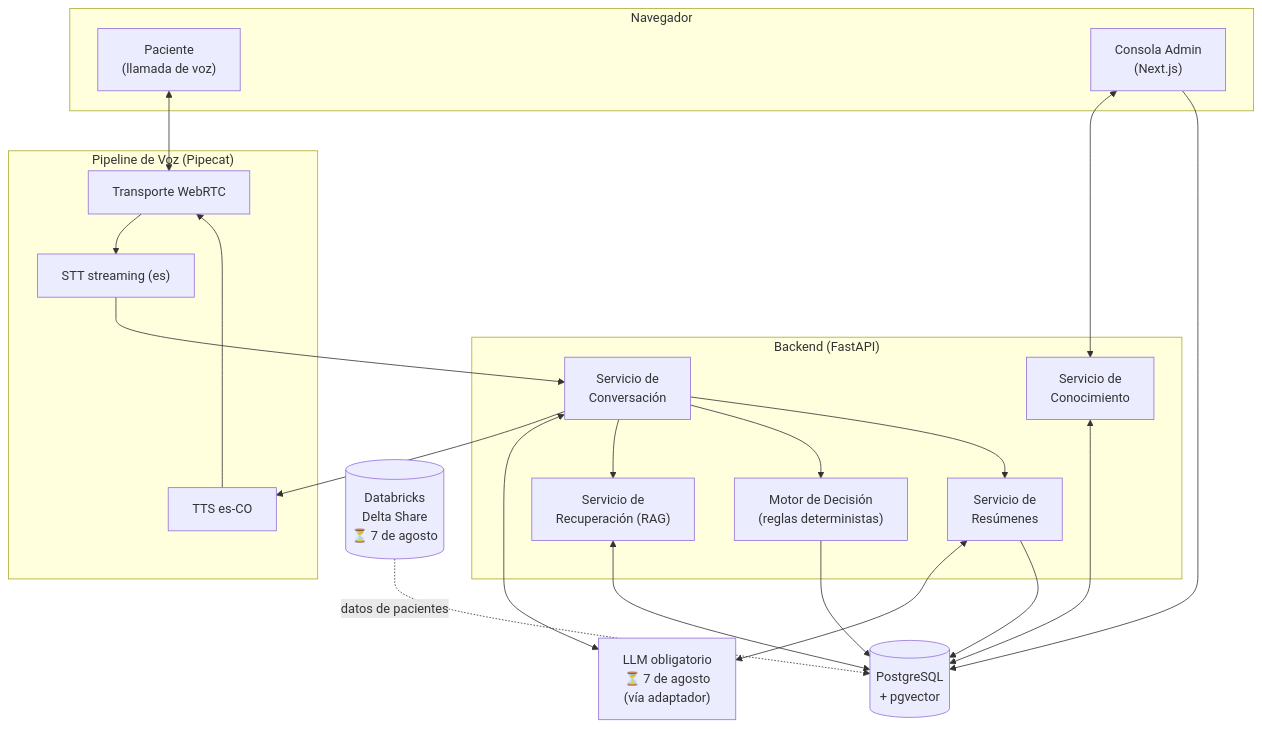
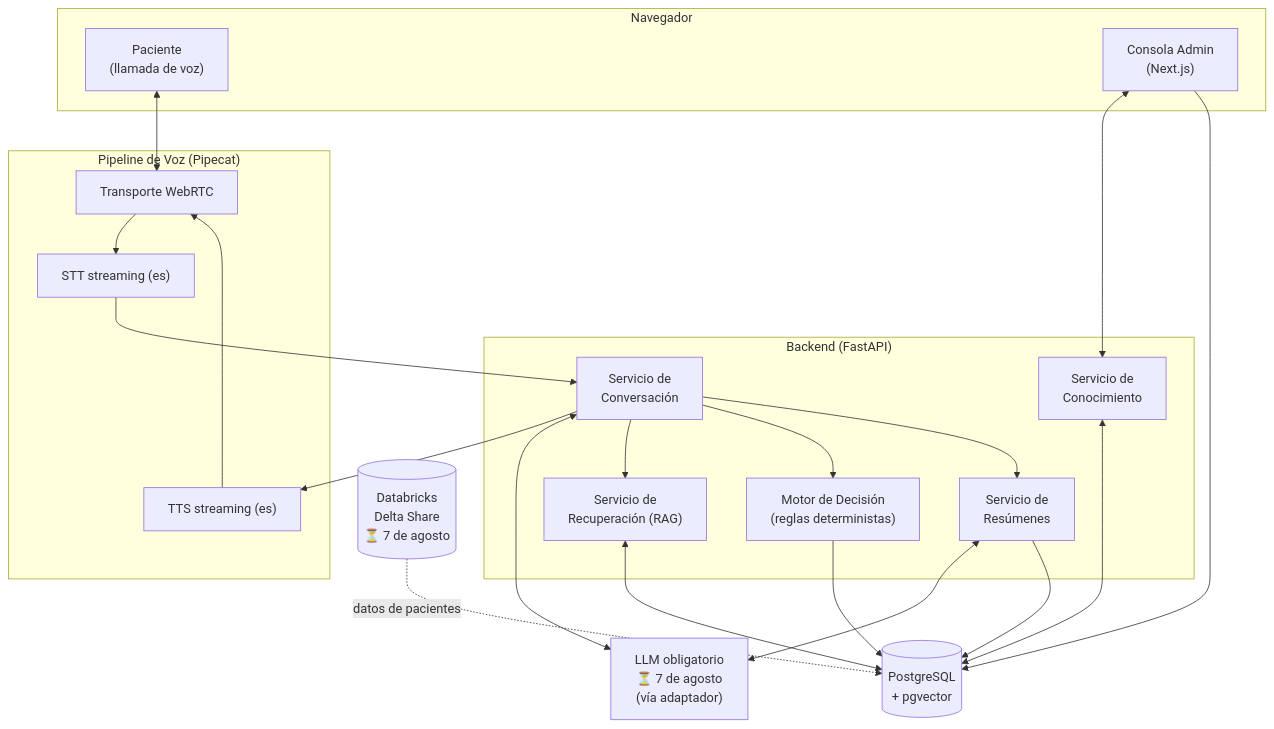
Before and after one commit to JuanmorenoPRO/clinical-voice-agent-co: the first of 2 diagrams in docs/architecture.md, drawn with Mermaid. The commit also changed other lines of this file and 3 other files, not shown here.

Commit message:
Update architecture and decision log documentation to reflect changes in voice agent decision-making process and TTS implementation

````diff
--- a/docs/architecture.md
+++ b/docs/architecture.md
@@ -15,41 +15,41 @@
 ```mermaid
 flowchart TB
     subgraph Cliente["Navegador"]
         P["Paciente<br/>(llamada de voz)"]
         C["Consola Admin<br/>(Next.js)"]
     end
 
     subgraph Voz["Pipeline de Voz (Pipecat)"]
         T["Transporte WebRTC"]
         STT["STT streaming (es)"]
-        TTS["TTS es-CO"]
+        TTS["TTS streaming (es)"]
     end
 
     subgraph Backend["Backend (FastAPI)"]
         CS["Servicio de<br/>Conversación"]
         RS["Servicio de<br/>Recuperación (RAG)"]
         KS["Servicio de<br/>Conocimiento"]
         DE["Motor de Decisión<br/>(reglas deterministas)"]
         SS["Servicio de<br/>Resúmenes"]
     end
 
     LLM["LLM obligatorio<br/>⏳ 7 de agosto<br/>(vía adaptador)"]
     DB[("PostgreSQL<br/>+ pgvector")]
     DS[("Databricks<br/>Delta Share<br/>⏳ 7 de agosto")]
 
     P <--> T
     T --> STT --> CS
     CS --> TTS --> T
     CS <--> LLM
     CS --> RS
     RS <--> DB
     CS --> DE
     CS --> SS
     SS <--> LLM
     C <--> KS
     C --> DB
     KS <--> DB
     DE --> DB
     SS --> DB
     DS -.->|datos de pacientes| DB
 ```
````
